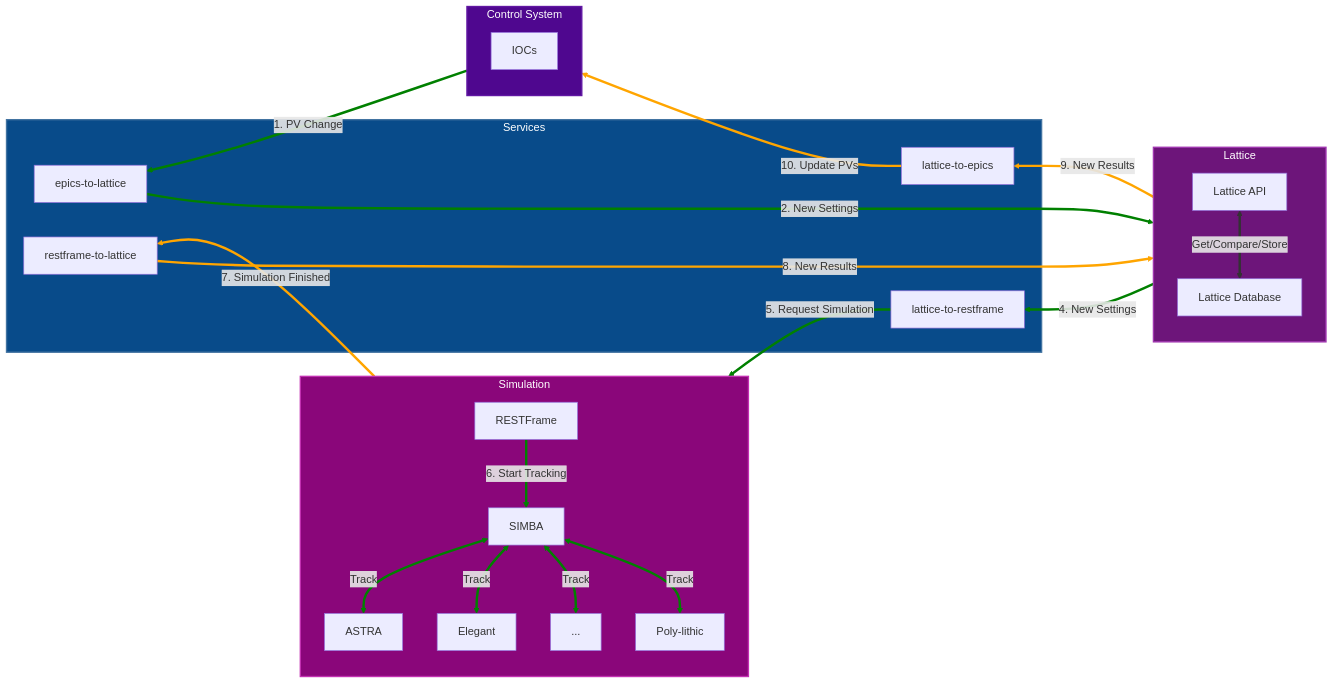
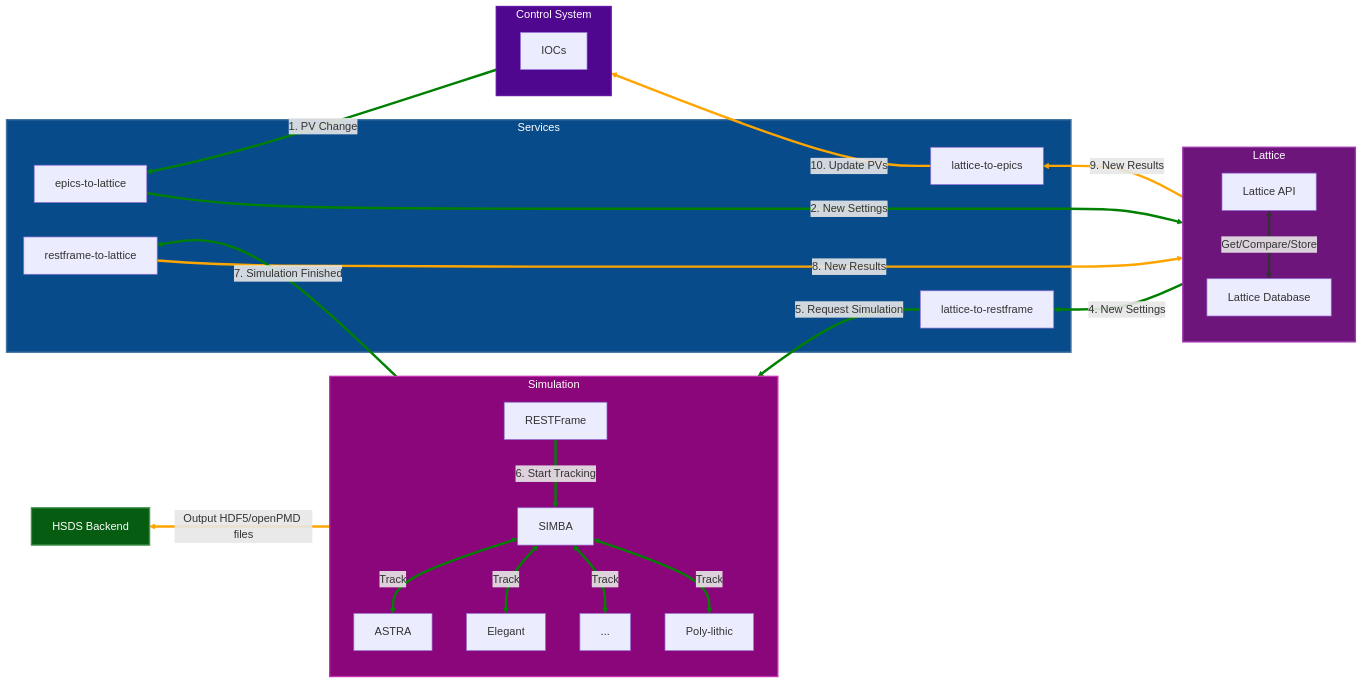
One commit to astec-stfc/janus changed the diagram in docs/janus.md. Above: the diagram before and after it, drawn with Mermaid. The commit also changed other lines of this file and 25 other files, not shown here.

````diff
--- a/docs/janus.md
+++ b/docs/janus.md
@@ -25,46 +27,48 @@
-```mermaid
+<div class="mermaid">
 flowchart RL
     %% Top Layer (External Systems)
     subgraph ControlSystem[Control System]
         IOCs
     end
     subgraph Simulation
         direction TB
         RESTFRAME[RESTFrame]
         SIMBA[SIMBA]
         ASTRA[ASTRA]
         elegant[Elegant]
         RESTFRAME ==>|6. Start Tracking| SIMBA
         SIMBA <==> |Track| ASTRA
         SIMBA <==> |Track| elegant
         SIMBA <==> |Track| ...
         SIMBA <==> |Track| Poly-lithic
     end
+      HSDS[HSDS Backend]
     subgraph Lattice
         LATTICE[Lattice API]
         DB[Lattice Database]
         LATTICE <==>|Get/Compare/Store| DB
     end
     subgraph Services
         E2L[epics-to-lattice]
         L2E[lattice-to-epics]
         L2R[lattice-to-restframe]
         R2L[restframe-to-lattice]
     end
     ControlSystem ==>|1. PV Change| E2L
     E2L ==>|2. New Settings| Lattice
     Lattice ==>|4. New Settings| L2R
     L2R ==>|5. Request Simulation| RESTFRAME
     RESTFRAME ==>|7. Simulation Finished| R2L
+    SIMBA ==>|Output HDF5/openPMD files| HSDS
     R2L ==>|8. New Results| Lattice
     Lattice ==>|9. New Results| L2E
     L2E ==>|10. Update PVs| ControlSystem
 
     style ControlSystem fill:#4f078f,stroke:#6117a3,stroke-width:2px,color:#ffffff
     style Lattice fill:#6d157a,stroke:#a037b0,stroke-width:2px,color:#ffffff
     style Services fill:#084b8a, stroke:#4273a1, stroke-width:2px,color:#ffffff
     style Simulation fill:#8a067a, stroke:#c230b1, stroke-width:2px,color:#ffffff
-    linkStyle 0,1,2,3,4,6,7,8,9 stroke:green
-    linkStyle 10,11,12,13 stroke:orange
-
-```
+    style HSDS fill:#065c10,stroke:#43944c,stroke-width:2px,color:#ffffff
+    linkStyle 0,1,2,3,4,6,7,8,9,10 stroke:green
+    linkStyle 11,12,13,14 stroke:orange
+  </div>
````
